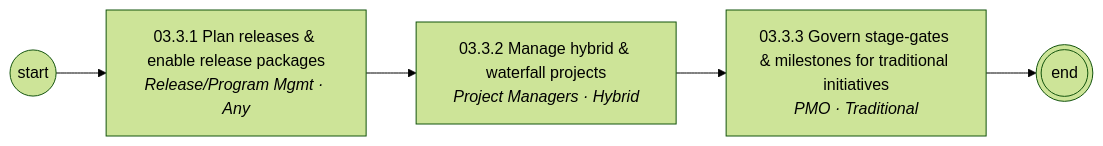
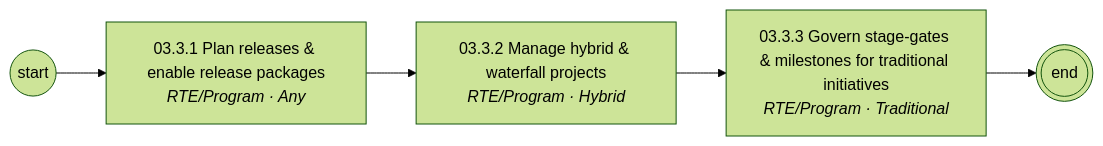
One commit to corbyjames/apptio-process-catalog changed the fourth of 5 diagrams in diagrams/mermaid/area-03.md. Above: the diagram before and after it, drawn with Mermaid (forest theme). The commit also changed other lines of this file and 251 other files, not shown here.

````diff
--- a/diagrams/mermaid/area-03.md
+++ b/diagrams/mermaid/area-03.md
@@ -59,11 +59,11 @@
 ```mermaid
 flowchart LR
   S((start))
-  N03_3_1["03.3.1 Plan releases & enable release packages<br/><i>Release/Program Mgmt · Any</i>"]
+  N03_3_1["03.3.1 Plan releases & enable release packages<br/><i>RTE/Program · Any</i>"]
   S --> N03_3_1
-  N03_3_2["03.3.2 Manage hybrid & waterfall projects<br/><i>Project Managers · Hybrid</i>"]
+  N03_3_2["03.3.2 Manage hybrid & waterfall projects<br/><i>RTE/Program · Hybrid</i>"]
   N03_3_1 --> N03_3_2
-  N03_3_3["03.3.3 Govern stage-gates & milestones for traditional initiatives<br/><i>PMO · Traditional</i>"]
+  N03_3_3["03.3.3 Govern stage-gates & milestones for traditional initiatives<br/><i>RTE/Program · Traditional</i>"]
   N03_3_2 --> N03_3_3
   N03_3_3 --> E(((end)))
 ```
````
